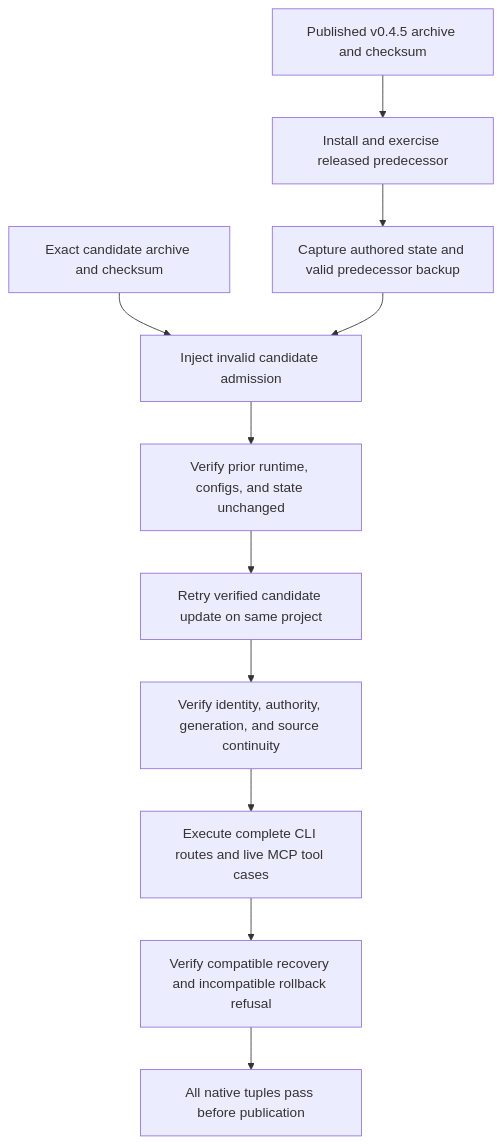
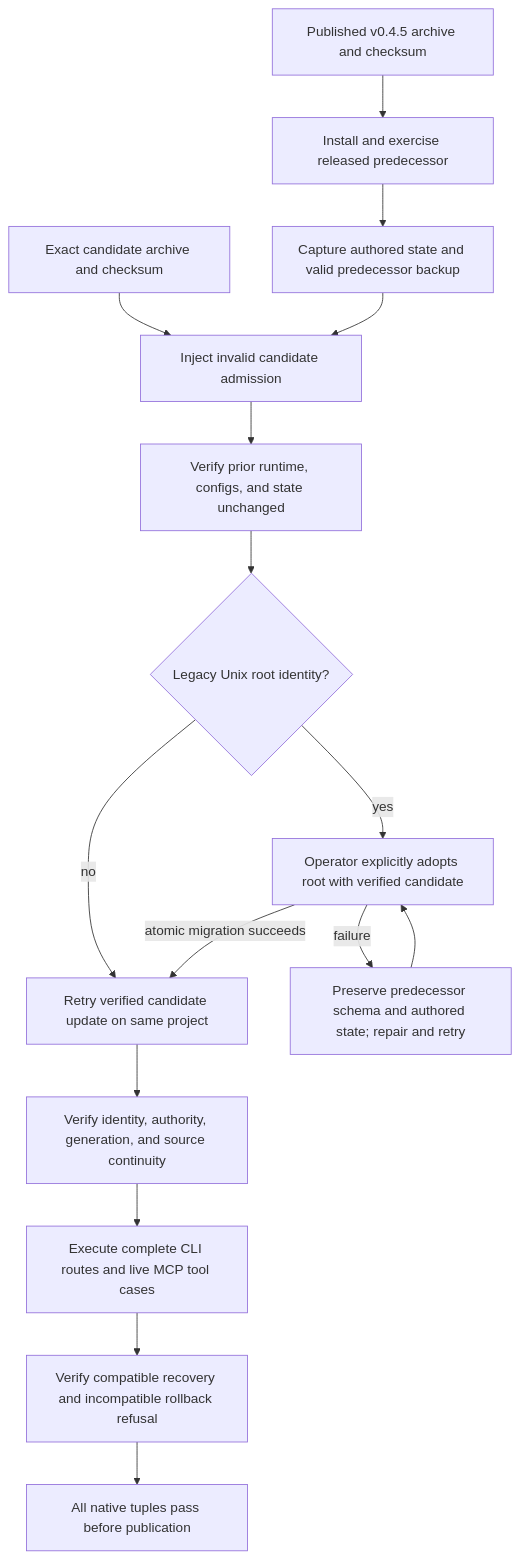
One commit to styler-ai/ProjectAtlas changed diagram 29 of 29 in docs/v050-release-architecture.md. Above: the diagram before and after it, drawn with Mermaid. The commit also changed other lines of this file and 13 other files, not shown here.

Commit message:
fix(upgrade): add explicit legacy root recovery (#593)

````diff
--- a/docs/v050-release-architecture.md
+++ b/docs/v050-release-architecture.md
@@ -645,13 +656,18 @@
 ```mermaid
 flowchart TD
   Published[Published v0.4.5 archive and checksum] --> Old[Install and exercise released predecessor]
   Old --> State[Capture authored state and valid predecessor backup]
   Candidate[Exact candidate archive and checksum] --> Refusal[Inject invalid candidate admission]
   State --> Refusal
   Refusal --> Preserve[Verify prior runtime, configs, and state unchanged]
-  Preserve --> Retry[Retry verified candidate update on same project]
+  Preserve --> Legacy{Legacy Unix root identity?}
+  Legacy -->|no| Retry[Retry verified candidate update on same project]
+  Legacy -->|yes| Adopt[Operator explicitly adopts root with verified candidate]
+  Adopt -->|atomic migration succeeds| Retry
+  Adopt -->|failure| Rollback[Preserve predecessor schema and authored state; repair and retry]
+  Rollback --> Adopt
   Retry --> Continuity[Verify identity, authority, generation, and source continuity]
   Continuity --> Routes[Execute complete CLI routes and live MCP tool cases]
   Routes --> Recovery[Verify compatible recovery and incompatible rollback refusal]
   Recovery --> Gate[All native tuples pass before publication]
 ```
````
